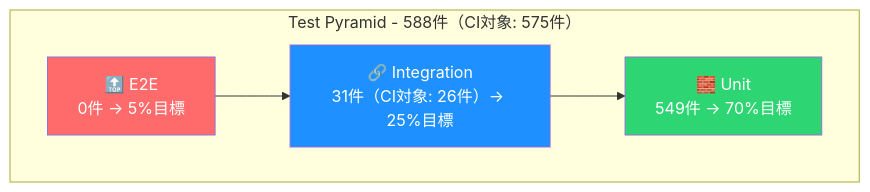
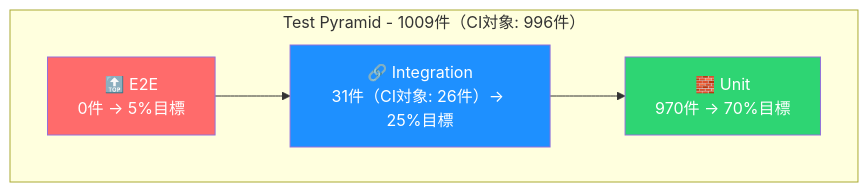
Before and after one commit to yaoki-dev/api-test-devops-portfolio: the second of 3 diagrams in README.md, drawn with Mermaid. The commit also changed other lines of this file and 4 other files, not shown here.

````diff
--- a/README.md
+++ b/README.md
@@ -290,13 +290,13 @@
 ```mermaid
 graph TB
-    subgraph "Test Pyramid - 588件（CI対象: 575件）"
+    subgraph "Test Pyramid - 1009件（CI対象: 996件）"
         E2E["🔝 E2E<br/>0件 → 5%目標"]
         Integration["🔗 Integration<br/>31件（CI対象: 26件）→ 25%目標"]
-        Unit["🧱 Unit<br/>549件 → 70%目標"]
+        Unit["🧱 Unit<br/>970件 → 70%目標"]
     end
     E2E --> Integration --> Unit
 
     style E2E fill:#ff6b6b,color:#fff
     style Integration fill:#1e90ff,color:#fff
     style Unit fill:#2ed573,color:#fff
 ```
````
